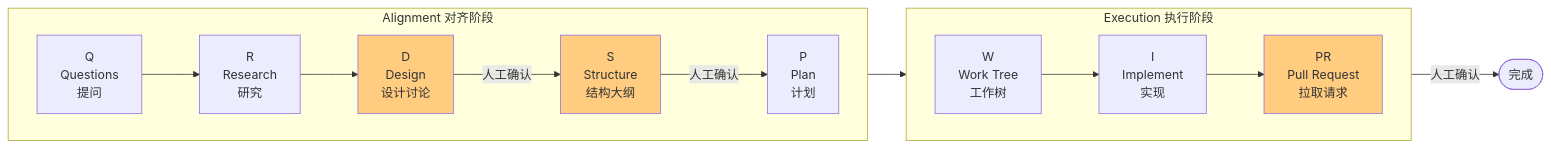
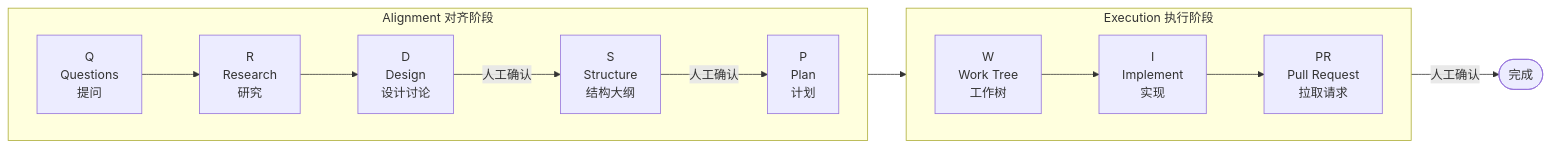
One commit to nixihz/qrspi-agent changed the diagram in docs/README.zh.md. Above: the diagram before and after it, drawn with Mermaid. The commit also changed other lines of this file and 19 other files, not shown here.

````diff
--- a/docs/README.zh.md
+++ b/docs/README.zh.md
@@ -29,31 +29,28 @@
 ```mermaid
 flowchart LR
     subgraph 对齐阶段 [Alignment 对齐阶段]
         direction LR
         Q[Q<br/>Questions<br/>提问]
         R[R<br/>Research<br/>研究]
         D[D<br/>Design<br/>设计讨论]
         S[S<br/>Structure<br/>结构大纲]
         P[P<br/>Plan<br/>计划]
     end
 
     subgraph 执行阶段 [Execution 执行阶段]
         direction LR
         W[W<br/>Work Tree<br/>工作树]
         I[I<br/>Implement<br/>实现]
         PR[PR<br/>Pull Request<br/>拉取请求]
     end
 
     Q --> R
     R --> D
     D -->|人工确认| S
     S -->|人工确认| P
     P --> W
     W --> I
     I --> PR
     PR -->|人工确认| Done([完成])
 
-    style D fill:#ffcc80
-    style S fill:#ffcc80
-    style PR fill:#ffcc80
 ```
````
